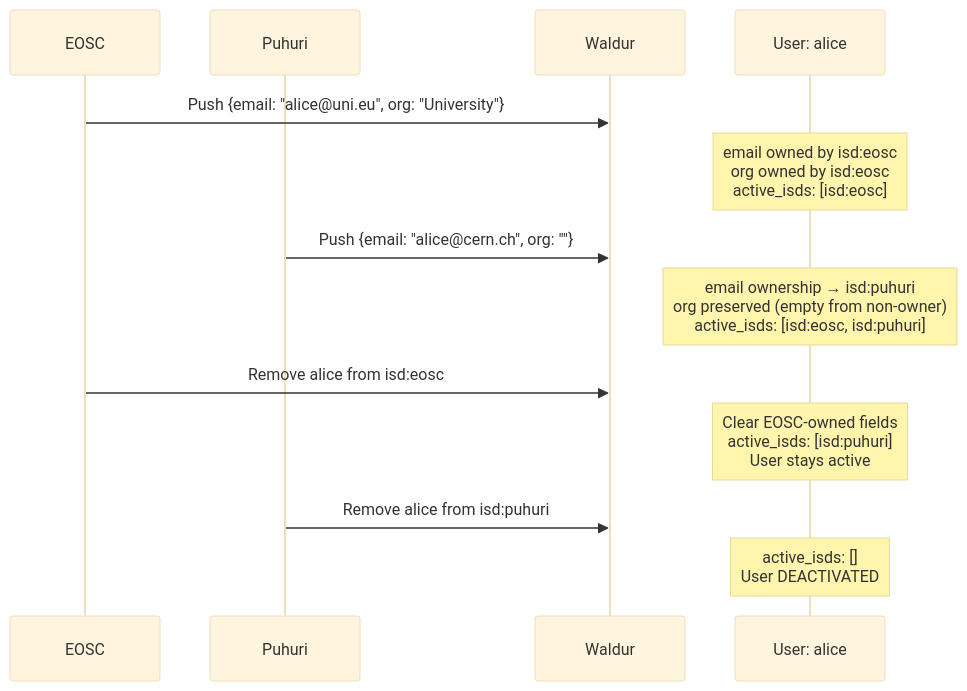
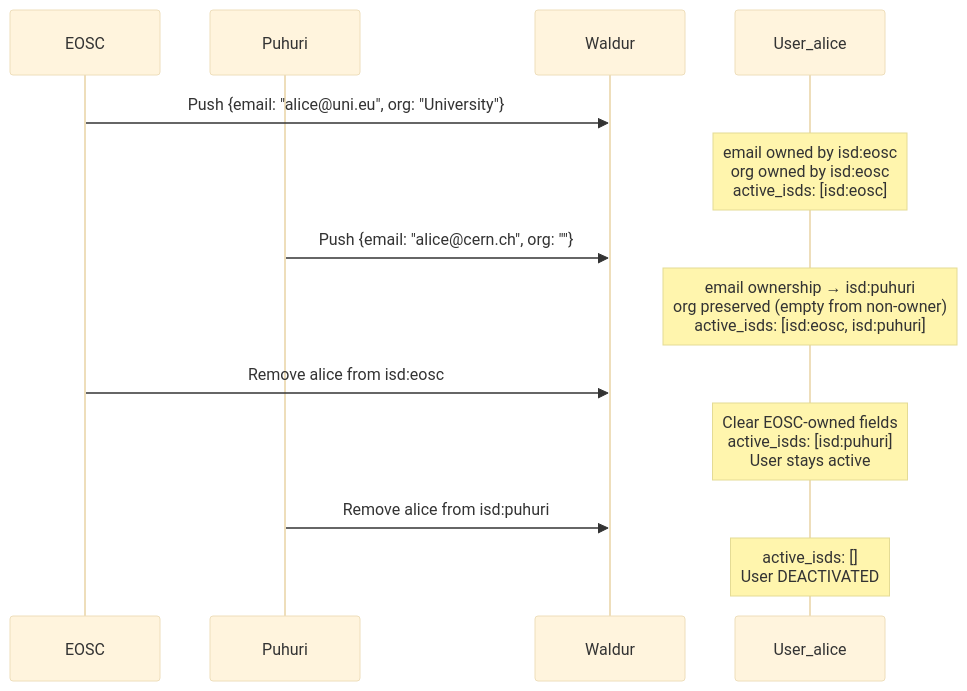
One commit to waldur/waldur-docs changed the eighth of 9 diagrams in docs/developer-guide/identity-bridge.md. Above: the diagram before and after it, drawn with Mermaid (base theme). The commit also changed other lines of this file and 34 other files, not shown here.

````diff
--- a/docs/developer-guide/identity-bridge.md
+++ b/docs/developer-guide/identity-bridge.md
@@ -453,19 +453,19 @@
 ```mermaid
 sequenceDiagram
     participant EOSC as EOSC
     participant PUHURI as Puhuri
     participant W as Waldur
-    participant U as User: alice
+    participant U as User_alice
 
     EOSC->>W: Push {email: "alice@uni.eu", org: "University"}
     Note over U: email owned by isd:eosc<br/>org owned by isd:eosc<br/>active_isds: [isd:eosc]
 
     PUHURI->>W: Push {email: "alice@cern.ch", org: ""}
     Note over U: email ownership → isd:puhuri<br/>org preserved (empty from non-owner)<br/>active_isds: [isd:eosc, isd:puhuri]
 
     EOSC->>W: Remove alice from isd:eosc
     Note over U: Clear EOSC-owned fields<br/>active_isds: [isd:puhuri]<br/>User stays active
 
     PUHURI->>W: Remove alice from isd:puhuri
     Note over U: active_isds: []<br/>User DEACTIVATED
 ```
````
